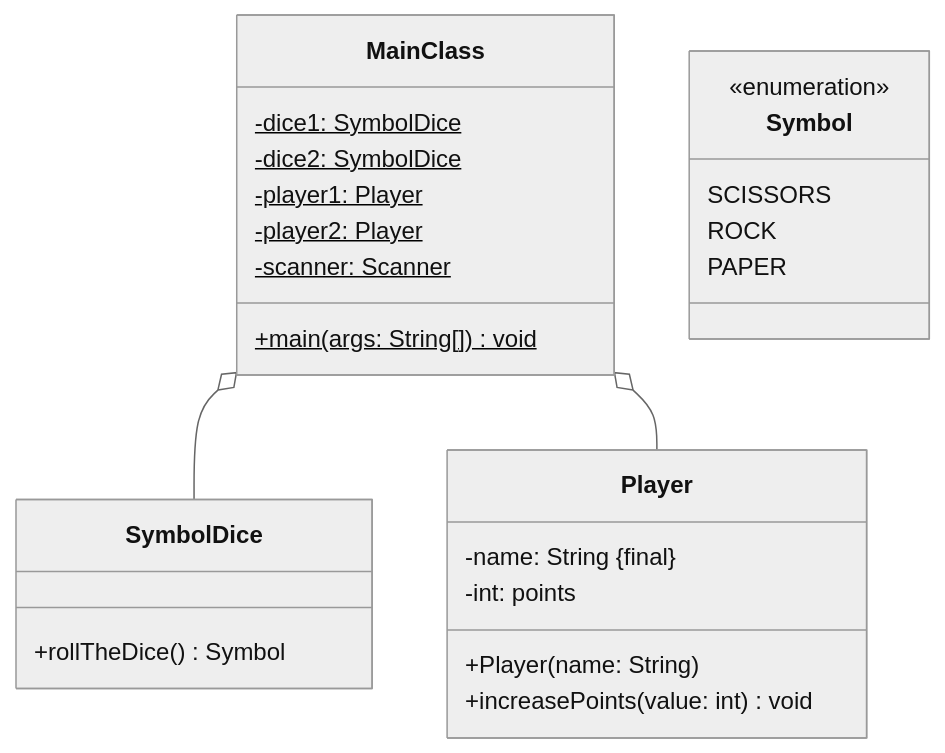
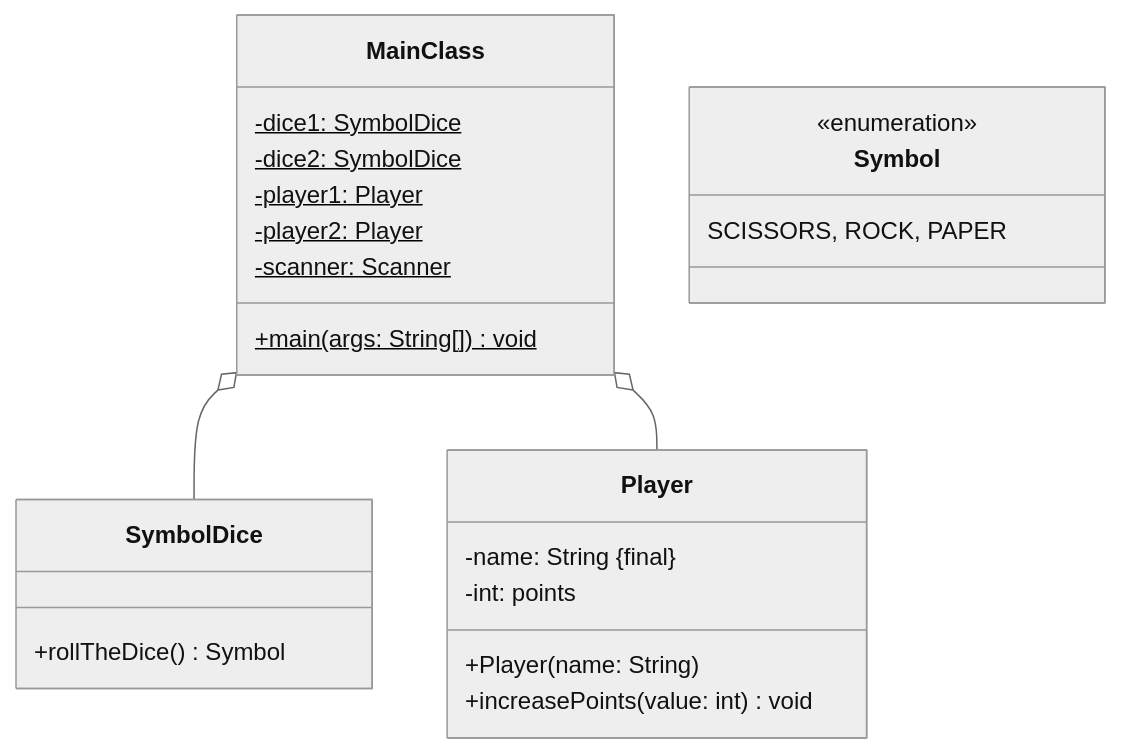
Before and after one commit to jappuccini/java-docs: the diagram in docs/exam-exercises/exam-exercises-java1/dice-games/dice-game-12.md, drawn with Mermaid (neutral theme). The commit also changed 6 other files, not shown here.

````diff
--- a/docs/exam-exercises/exam-exercises-java1/dice-games/dice-game-12.md
+++ b/docs/exam-exercises/exam-exercises-java1/dice-games/dice-game-12.md
@@ -12,28 +12,26 @@
 ```mermaid
 classDiagram
    MainClass o-- SymbolDice
    MainClass o-- Player
    class MainClass {
       -dice1: SymbolDice$
       -dice2: SymbolDice$
       -player1: Player$
       -player2: Player$
       -scanner: Scanner$
       +main(args: String[]) void$
    }
    class SymbolDice {
       +rollTheDice() Symbol
    }
    class Symbol {
       <<enumeration>>
-      SCISSORS
-      ROCK
-      PAPER
+      SCISSORS, ROCK, PAPER
    }
    class Player {
       -name: String #123;final#125;
       -int: points
       +Player(name: String)
       +increasePoints(value: int) void
    }
 ```
````
